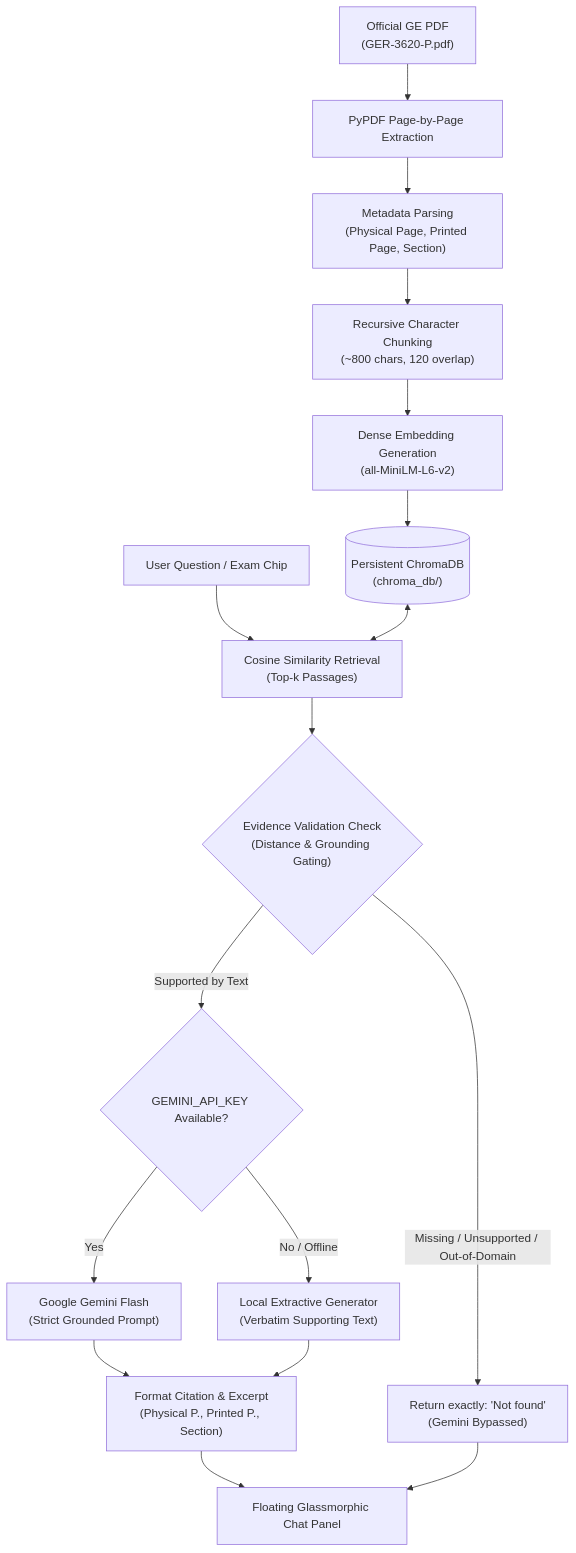
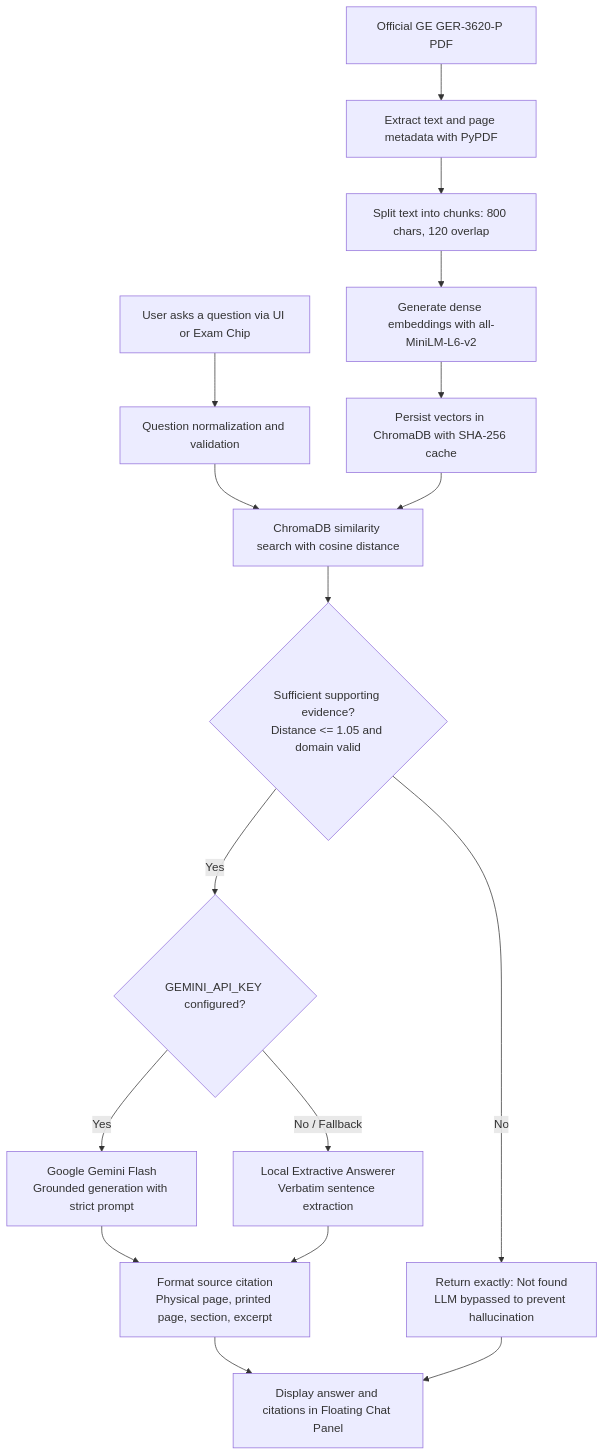
One commit to iUjjwalRaj/gas-turbine-maintenance-rag changed the diagram in README.md. Above: the diagram before and after it, drawn with Mermaid. The commit also changed other lines of this file, not shown here.

Commit message:
docs: add System Architecture Mermaid flowchart and workflow explanation

````diff
--- a/README.md
+++ b/README.md
@@ -72,24 +74,23 @@
 ```mermaid
 flowchart TD
-    A["Official GE PDF<br/>(GER-3620-P.pdf)"] --> B["PyPDF Page-by-Page Extraction"]
-    B --> C["Metadata Parsing<br/>(Physical Page, Printed Page, Section)"]
-    C --> D["Recursive Character Chunking<br/>(~800 chars, 120 overlap)"]
-    D --> E["Dense Embedding Generation<br/>(all-MiniLM-L6-v2)"]
-    E --> F[("Persistent ChromaDB<br/>(chroma_db/)")]
+    A[User asks a question via UI or Exam Chip] --> B[Question normalization and validation]
+    B --> C[ChromaDB similarity search with cosine distance]
     
-    G["User Question / Exam Chip"] --> H["Cosine Similarity Retrieval<br/>(Top-k Passages)"]
-    F <--> H
+    D[Official GE GER-3620-P PDF] --> E[Extract text and page metadata with PyPDF]
+    E --> F[Split text into chunks: 800 chars, 120 overlap]
+    F --> G[Generate dense embeddings with all-MiniLM-L6-v2]
+    G --> H[Persist vectors in ChromaDB with SHA-256 cache]
+    H --> C
     
-    H --> I{"Evidence Validation Check<br/>(Distance & Grounding Gating)"}
+    C --> I{Sufficient supporting evidence?<br/>Distance <= 1.05 and domain valid}
+    I -- No --> J[Return exactly: Not found<br/>LLM bypassed to prevent hallucination]
+    I -- Yes --> K{GEMINI_API_KEY configured?}
     
-    I -- "Missing / Unsupported / Out-of-Domain" --> J["Return exactly: 'Not found'<br/>(Gemini Bypassed)"]
+    K -- Yes --> L[Google Gemini Flash<br/>Grounded generation with strict prompt]
+    K -- No / Fallback --> M[Local Extractive Answerer<br/>Verbatim sentence extraction]
     
-    I -- "Supported by Text" --> K{"GEMINI_API_KEY Available?"}
-    K -- "Yes" --> L["Google Gemini Flash<br/>(Strict Grounded Prompt)"]
-    K -- "No / Offline" --> M["Local Extractive Generator<br/>(Verbatim Supporting Text)"]
-    
-    L --> N["Format Citation & Excerpt<br/>(Physical P., Printed P., Section)"]
+    L --> N[Format source citation<br/>Physical page, printed page, section, excerpt]
     M --> N
-    N --> O["Floating Glassmorphic Chat Panel"]
+    N --> O[Display answer and citations in Floating Chat Panel]
     J --> O
 ```
````
